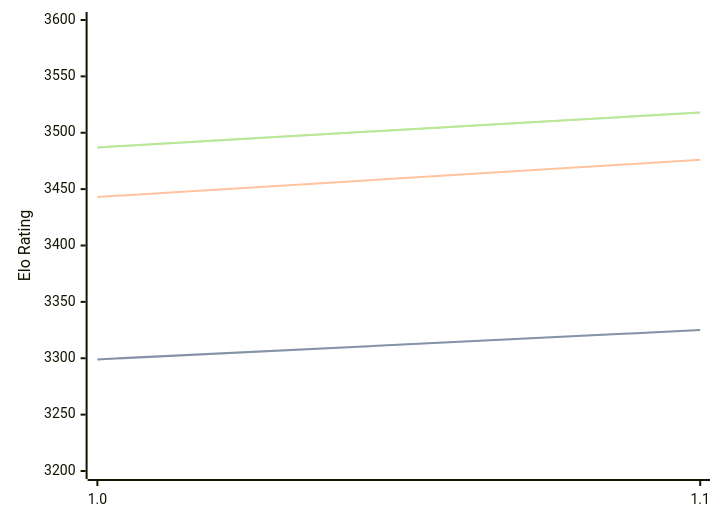
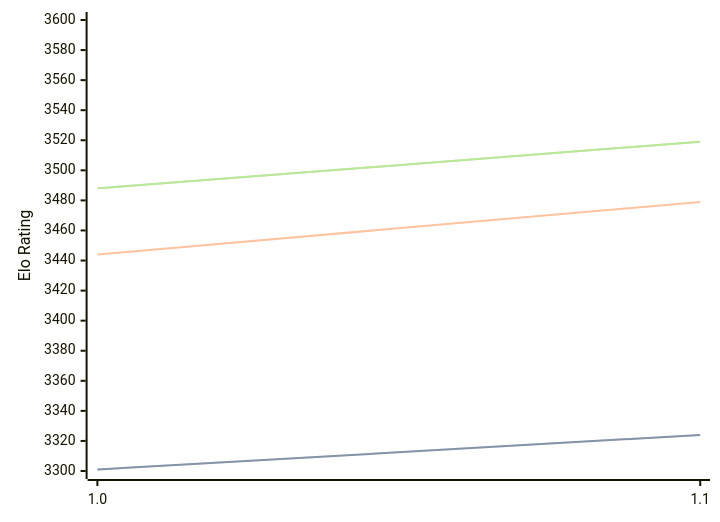
The first of 3 diagrams in engines/Icarus.md (computer-chess-index/cci), drawn with Mermaid before and after one commit. The commit also changed other lines of this file, not shown here.

Commit message:
Update CCI Ratings (ELO VLTC) - 2026-06-24

````diff
--- a/engines/Icarus.md
+++ b/engines/Icarus.md
@@ -32,11 +32,11 @@
 ```mermaid
 %%{init: {"theme":"base","themeVariables":{"seriesColors:['#a3a3a3','#222221','#faa371']}}}%%
 xychart-beta
   x-axis ["1.0", "1.1"]
-  y-axis "Elo Rating" 3200 --> 3600
-  line "STC (8.0+0.08s)" [3299, 3325]
-  line "STC (8.0+0.08s)" [3299, 3325]
-  line "LTC (60.0+0.60s)" [3443, 3476]
-  line "VLTC (2m24s+1.12s)" [3487, 3518]
-  line "VLTC (2m24s+1.12s)" [3487, 3518]
+  y-axis "Elo Rating" 3300 --> 3600
+  line "STC (8.0+0.08s)" [3301, 3324]
+  line "STC (8.0+0.08s)" [3301, 3324]
+  line "LTC (60.0+0.60s)" [3444, 3479]
+  line "VLTC (2m24s+1.12s)" [3488, 3519]
+  line "VLTC (2m24s+1.12s)" [3488, 3519]
 ```
````
